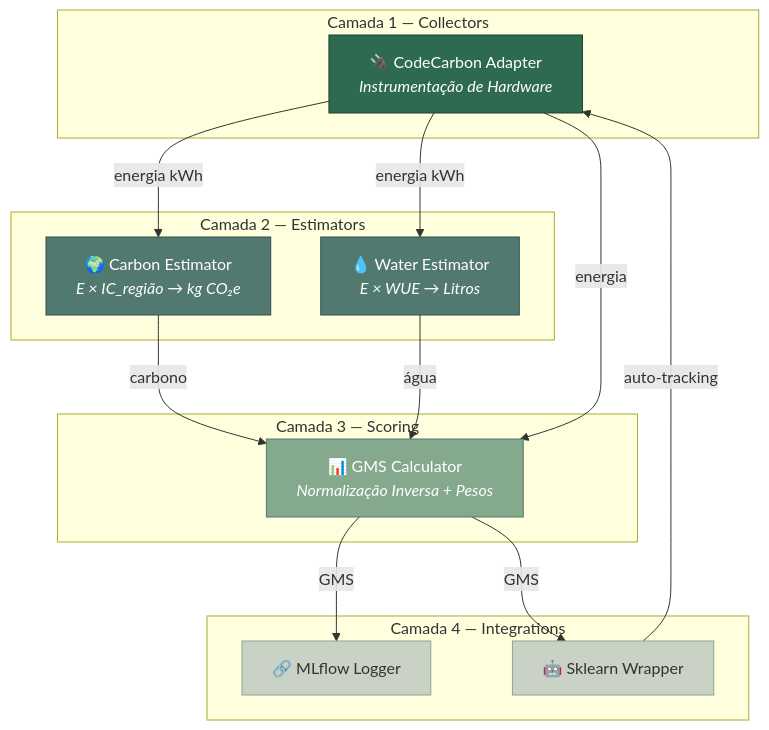
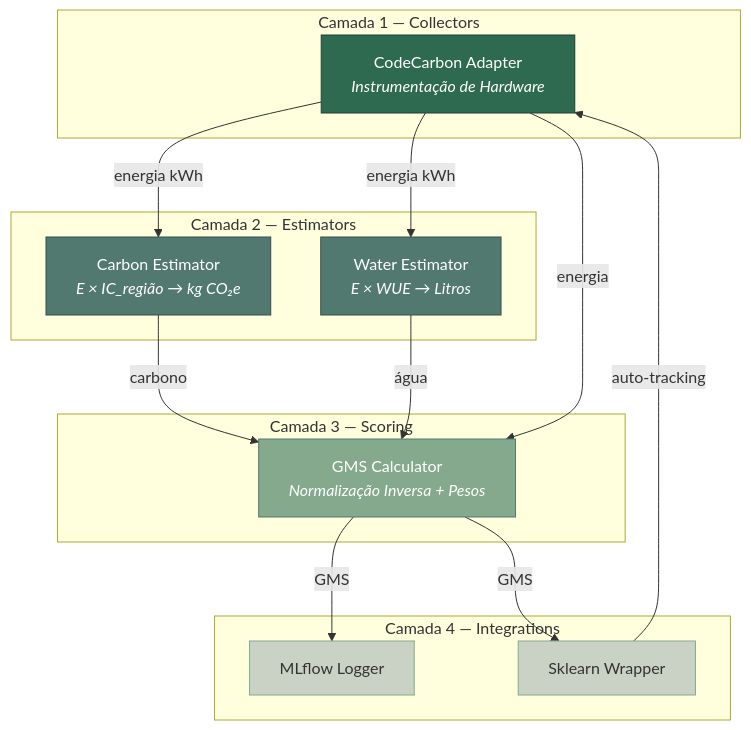
Before and after one commit to OctavioSB11/TCC-Green-ML-Score: the diagram in README.md, drawn with Mermaid. The commit also changed other lines of this file and 13 other files, not shown here.

````diff
--- a/README.md
+++ b/README.md
@@ -81,36 +75,36 @@
 ```mermaid
 graph TB
     subgraph "Camada 1 — Collectors"
-        A["🔌 CodeCarbon Adapter<br/><i>Instrumentação de Hardware</i>"]
+        A[" CodeCarbon Adapter<br/><i>Instrumentação de Hardware</i>"]
     end
 
     subgraph "Camada 2 — Estimators"
-        B["🌍 Carbon Estimator<br/><i>E × IC_região → kg CO₂e</i>"]
-        C["💧 Water Estimator<br/><i>E × WUE → Litros</i>"]
+        B[" Carbon Estimator<br/><i>E × IC_região → kg CO₂e</i>"]
+        C[" Water Estimator<br/><i>E × WUE → Litros</i>"]
     end
 
     subgraph "Camada 3 — Scoring"
-        D["📊 GMS Calculator<br/><i>Normalização Inversa + Pesos</i>"]
+        D[" GMS Calculator<br/><i>Normalização Inversa + Pesos</i>"]
     end
 
     subgraph "Camada 4 — Integrations"
-        E["🔗 MLflow Logger"]
-        F["🤖 Sklearn Wrapper"]
+        E[" MLflow Logger"]
+        F[" Sklearn Wrapper"]
     end
 
     A -->|"energia kWh"| B
     A -->|"energia kWh"| C
     B -->|"carbono"| D
     C -->|"água"| D
     A -->|"energia"| D
     D -->|"GMS"| E
     D -->|"GMS"| F
     F -->|"auto-tracking"| A
 
     style A fill:#2d6a4f,stroke:#1b4332,color:#fff
     style B fill:#52796f,stroke:#354f52,color:#fff
     style C fill:#52796f,stroke:#354f52,color:#fff
     style D fill:#84a98c,stroke:#52796f,color:#fff
     style E fill:#cad2c5,stroke:#84a98c,color:#333
     style F fill:#cad2c5,stroke:#84a98c,color:#333
 ```
````
